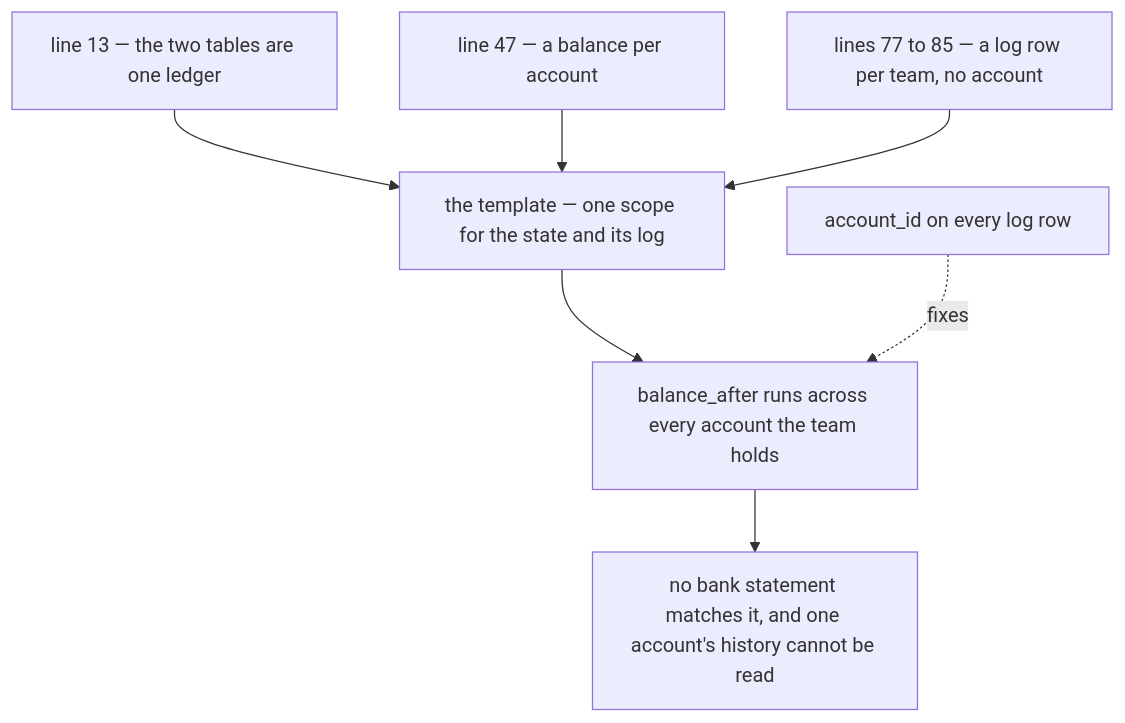
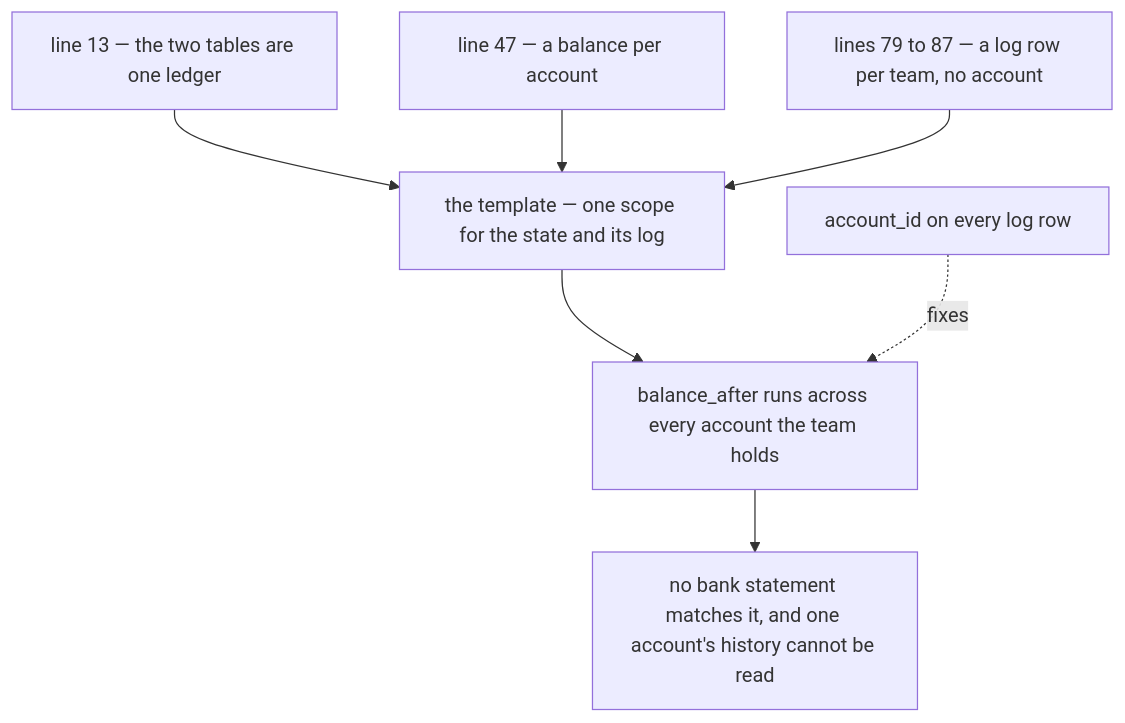
One commit to pdcgo/warehouse_revamp changed the seventh of 8 diagrams in docs/business/financial_account/context_clarify.md. Above: the diagram before and after it, drawn with Mermaid. The commit also changed other lines of this file and 3 other files, not shown here.

````diff
--- a/docs/business/financial_account/context_clarify.md
+++ b/docs/business/financial_account/context_clarify.md
@@ -404,9 +420,9 @@
 ```mermaid
 flowchart TB
   L13["line 13 — the two tables are one ledger"] --> T["the template — one scope for the state and its log"]
   S["line 47 — a balance per account"] --> T
-  G["lines 77 to 85 — a log row per team, no account"] --> T
+  G["lines 79 to 87 — a log row per team, no account"] --> T
   T --> X["balance_after runs across every account the team holds"]
   X --> Y["no bank statement matches it, and one account's history cannot be read"]
   F["account_id on every log row"] -.->|"fixes"| X
 ```
````
